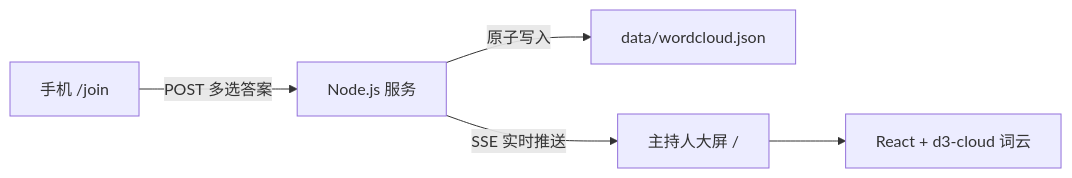
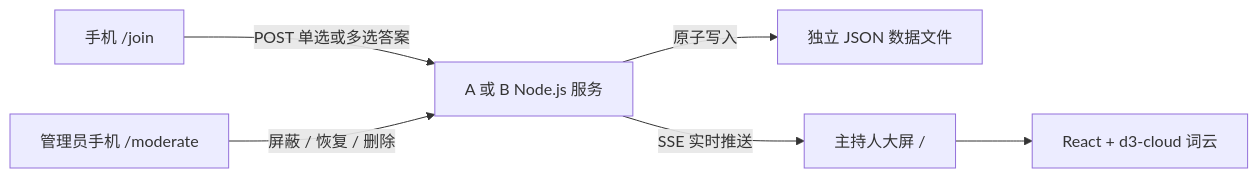
Before and after one commit to fluffywood/wordcloud: the diagram in README.md, drawn with Mermaid. The commit also changed other lines of this file and 21 other files, not shown here.

````diff
--- a/README.md
+++ b/README.md
@@ -52,7 +84,8 @@
 ```mermaid
 flowchart LR
-    A["手机 /join"] -->|"POST 多选答案"| B["Node.js 服务"]
-    B -->|"原子写入"| C["data/wordcloud.json"]
+    A["手机 /join"] -->|"POST 单选或多选答案"| B["A 或 B Node.js 服务"]
+    M["管理员手机 /moderate"] -->|"屏蔽 / 恢复 / 删除"| B
+    B -->|"原子写入"| C["独立 JSON 数据文件"]
     B -->|"SSE 实时推送"| D["主持人大屏 /"]
     D --> E["React + d3-cloud 词云"]
 ```
````
